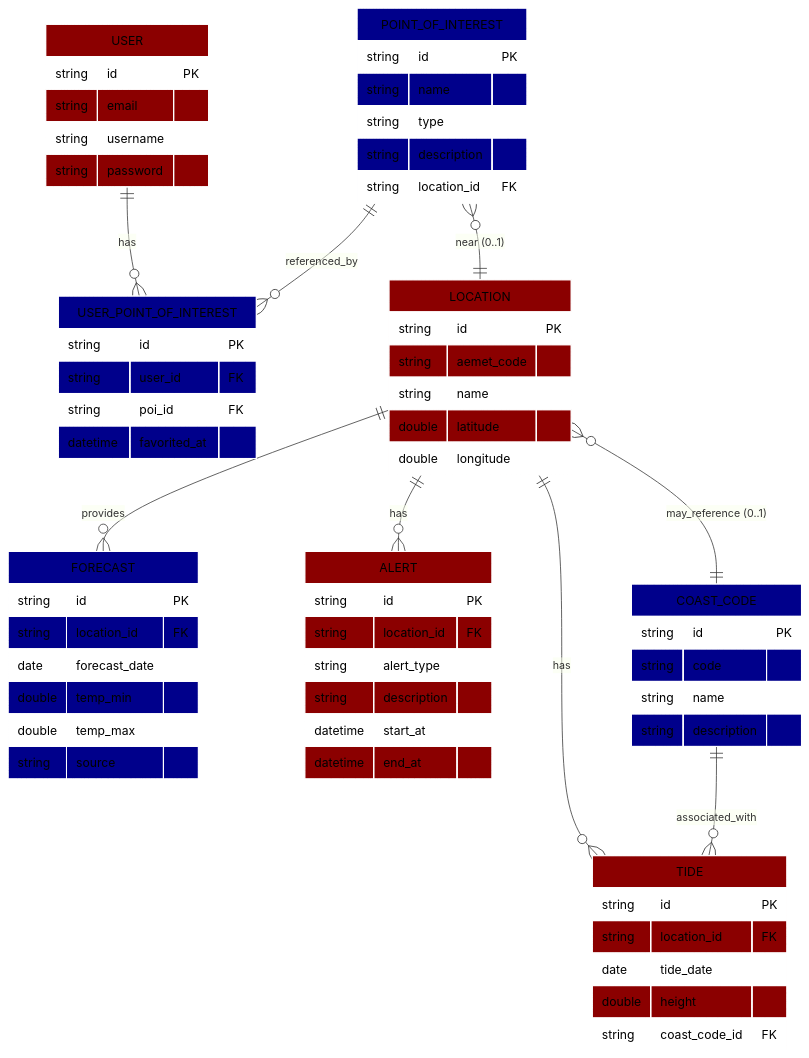
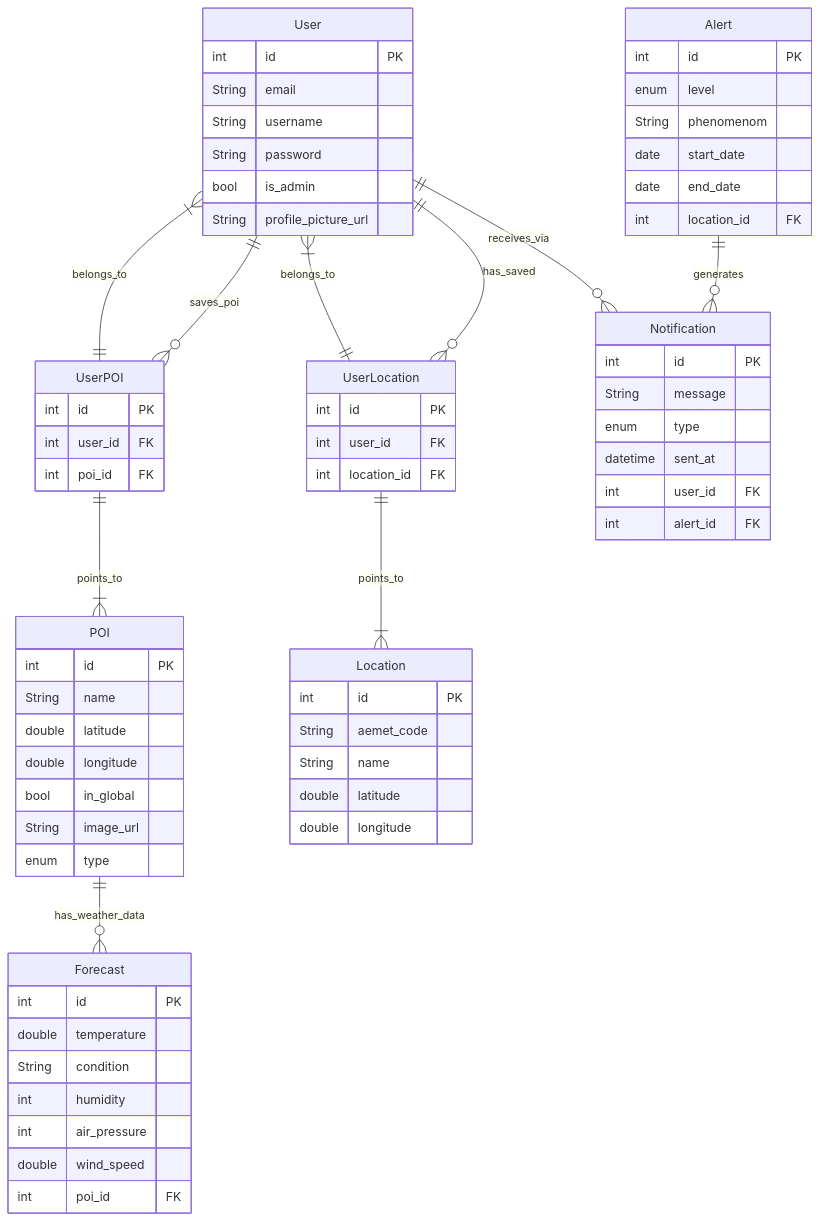
One commit to aangelo21/canary-weather changed the third of 3 diagrams in docs/diagrams.md. Above: the diagram before and after it, drawn with Mermaid. The commit also changed other lines of this file and 4 other files, not shown here.

Commit message:
feat: updated diagrams

````diff
--- a/docs/diagrams.md
+++ b/docs/diagrams.md
@@ -145,88 +122,83 @@
 ```mermaid
 erDiagram
-    %% Entities and attributes (PK = primary key)
-    USER {
-        string id PK
-        string email
-        string username
-        string password
+    User ||--o{ UserLocation : has_saved
+    User ||--o{ UserPOI : saves_poi
+    
+    POI ||--o{ Forecast : has_weather_data 
+    
+    UserLocation ||--|{ User : belongs_to
+    UserLocation ||--|{ Location : points_to
+
+    UserPOI ||--|{ User : belongs_to
+    UserPOI ||--|{ POI : points_to
+    
+    Alert ||--o{ Notification : generates
+    User ||--o{ Notification : receives_via
+    
+    User {
+        int id PK
+        String email
+        String username
+        String password
+        bool is_admin
+        String profile_picture_url
+    }
+    
+    POI {
+        int id PK
+        String name
+        double latitude
+        double longitude
+        bool in_global
+        String image_url
+        enum type
     }
 
-    LOCATION {
-        string id PK
-        string aemet_code
-        string name
+    Location {
+        int id PK
+        String aemet_code
+        String name
         double latitude
         double longitude
     }
 
-    POINT_OF_INTEREST {
-        string id PK
-        string name
-        string type
-        string description
-        string location_id FK
+    Forecast {
+        int id PK
+        double temperature
+        String condition
+        int humidity
+        int air_pressure
+        double wind_speed
+        int poi_id FK
+    }
+    
+    Alert {
+        int id PK
+        enum level
+        String phenomenom
+        date start_date
+        date end_date
+        int location_id FK
     }
 
-    USER_POINT_OF_INTEREST {
-        string id PK
-        string user_id FK
-        string poi_id FK
-        datetime favorited_at
+    UserLocation {
+        int id PK
+        int user_id FK
+        int location_id FK
     }
-
-    FORECAST {
-        string id PK
-        string location_id FK
-        date forecast_date
-        double temp_min
-        double temp_max
-        string source
+    
+    UserPOI {
+        int id PK
+        int user_id FK
+        int poi_id FK
     }
-
-    ALERT {
-        string id PK
-        string location_id FK
-        string alert_type
-        string description
-        datetime start_at
-        datetime end_at
+    
+    Notification {
+        int id PK
+        String message
+        enum type
+        datetime sent_at
+        int user_id FK
+        int alert_id FK
     }
-
-    TIDE {
-        string id PK
-        string location_id FK
-        date tide_date
-        double height
-        string coast_code_id FK
-    }
-
-    COAST_CODE {
-        string id PK
-        string code
-        string name
-        string description
-    }
-
-    %% Relationships (text labels approximate original cardinalities)
-    USER ||--o{ USER_POINT_OF_INTEREST : "has"
-    POINT_OF_INTEREST ||--o{ USER_POINT_OF_INTEREST : "referenced_by"
-
-    POINT_OF_INTEREST }o--|| LOCATION : "near (0..1)"
-    LOCATION ||--o{ FORECAST : "provides"
-    LOCATION ||--o{ ALERT : "has"
-    LOCATION ||--o{ TIDE : "has"
-
-    COAST_CODE ||--o{ TIDE : "associated_with"
-    LOCATION }o--|| COAST_CODE : "may_reference (0..1)"
-
-    %% Estilos
-    style USER fill:#8B0000,stroke:#fff,color:#000000
-    style LOCATION fill:#8B0000,stroke:#fff,color:#000000
-    style ALERT fill:#8B0000,stroke:#fff,color:#000000
-    style TIDE fill:#8B0000,stroke:#fff,color:#000000
-    style POINT_OF_INTEREST fill:#00008B,stroke:#fff,color:#000000
-    style USER_POINT_OF_INTEREST fill:#00008B,stroke:#fff,color:#000000
-    style FORECAST fill:#00008B,stroke:#fff,color:#000000
-    style COAST_CODE fill:#00008B,stroke:#fff,color:#000000
 ```
````
